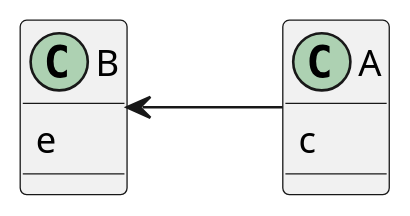
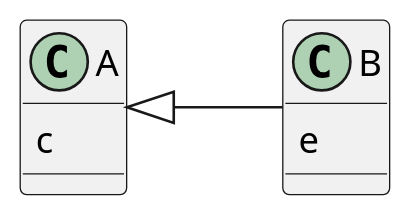
Before and after one commit to 2122-3bhitm-itp/2122-3bhitm-itp-lecture-notes: diagram 15 of 16 in asciidocs/index.adoc, drawn with PlantUML.

Commit message:
Fix PlantUML mistake

```diff
--- a/asciidocs/index.adoc
+++ b/asciidocs/index.adoc
@@ -911,21 +911,21 @@
 [plantuml, vererbung-basics]
 ----
 @startuml
 skinparam backgroundColor transparent
 skinparam shadowing false
 
 left to right direction
 
 scale 1.3
 
 class A {
     c
 }
 
 class B {
     e
 }
 
-B <-- A
+A <|-- B
 @enduml
 ----
```
